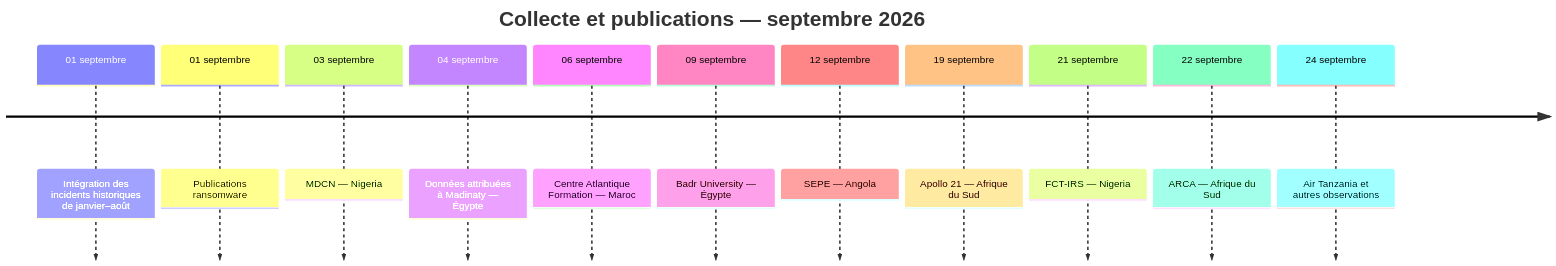
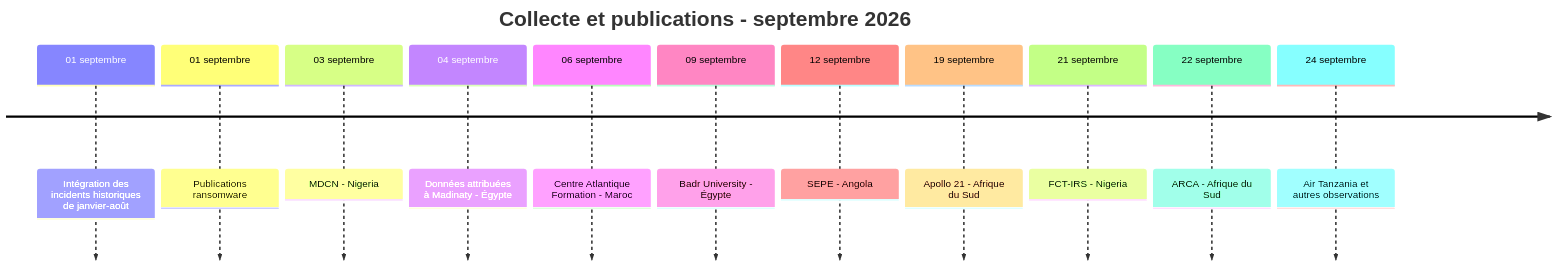
Before and after one commit to Hatchepsoute/AFRINTEL: the tenth of 10 diagrams in CyberAttackAfrica/2026/09-september/README_FR.md, drawn with Mermaid. The commit also changed other lines of this file and 35 other files, not shown here.

````diff
--- a/CyberAttackAfrica/2026/09-september/README_FR.md
+++ b/CyberAttackAfrica/2026/09-september/README_FR.md
@@ -249,15 +249,15 @@
 ```mermaid
 timeline
-    title Collecte et publications — septembre 2026
-    01 septembre : Intégration des incidents historiques de janvier–août
+    title Collecte et publications  -  septembre 2026
+    01 septembre : Intégration des incidents historiques de janvier-août
     01 septembre : Publications ransomware
-    03 septembre : MDCN — Nigeria
-    04 septembre : Données attribuées à Madinaty — Égypte
-    06 septembre : Centre Atlantique Formation — Maroc
-    09 septembre : Badr University — Égypte
-    12 septembre : SEPE — Angola
-    19 septembre : Apollo 21 — Afrique du Sud
-    21 septembre : FCT-IRS — Nigeria
-    22 septembre : ARCA — Afrique du Sud
+    03 septembre : MDCN  -  Nigeria
+    04 septembre : Données attribuées à Madinaty  -  Égypte
+    06 septembre : Centre Atlantique Formation  -  Maroc
+    09 septembre : Badr University  -  Égypte
+    12 septembre : SEPE  -  Angola
+    19 septembre : Apollo 21  -  Afrique du Sud
+    21 septembre : FCT-IRS  -  Nigeria
+    22 septembre : ARCA  -  Afrique du Sud
     24 septembre : Air Tanzania et autres observations
 ```
````
